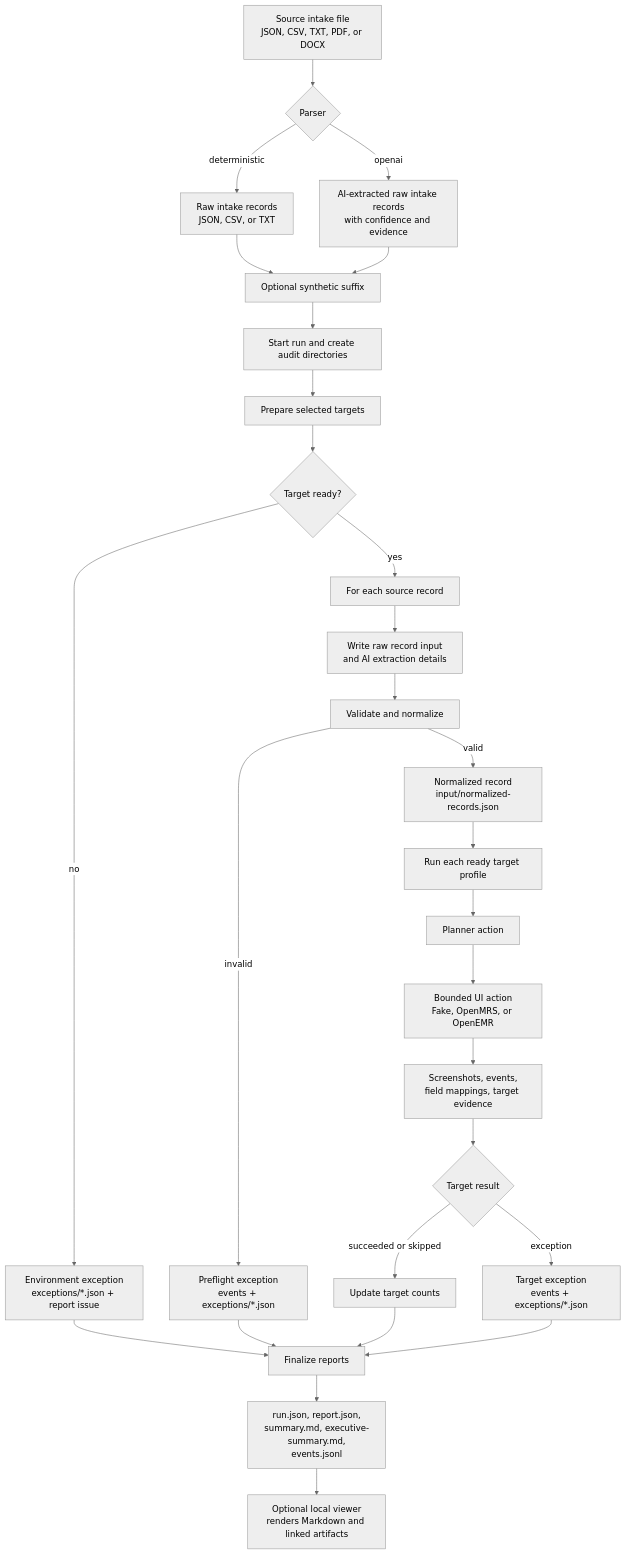
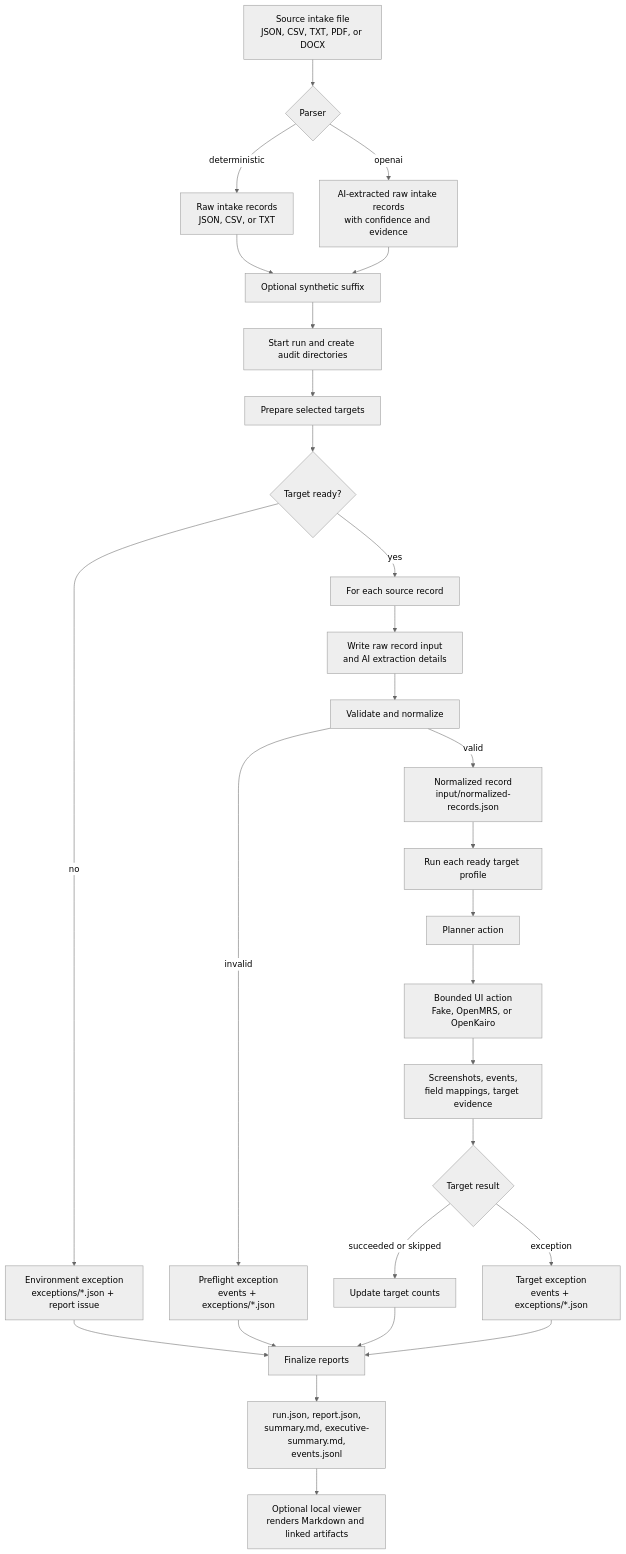
One commit to wm-pxel/agentic-ui-automation changed the second of 2 diagrams in README.md. Above: the diagram before and after it, drawn with Mermaid (neutral theme). The commit also changed other lines of this file and 29 other files, not shown here.

````diff
--- a/README.md
+++ b/README.md
@@ -186,34 +250,34 @@
 ```mermaid
 flowchart TD
   Source["Source intake file<br/>JSON, CSV, TXT, PDF, or DOCX"] --> Parser{"Parser"}
   Parser -->|deterministic| RawRecords["Raw intake records<br/>JSON, CSV, or TXT"]
   Parser -->|openai| AiRecords["AI-extracted raw intake records<br/>with confidence and evidence"]
   RawRecords --> Suffix["Optional synthetic suffix"]
   AiRecords --> Suffix
   Suffix --> Start["Start run and create audit directories"]
 
   Start --> Prepare["Prepare selected targets"]
   Prepare --> Ready{"Target ready?"}
   Ready -->|no| EnvException["Environment exception<br/>exceptions/*.json + report issue"]
   Ready -->|yes| RecordLoop["For each source record"]
 
   RecordLoop --> CaptureInput["Write raw record input<br/>and AI extraction details"]
   CaptureInput --> Validate["Validate and normalize"]
   Validate -->|invalid| PreflightException["Preflight exception<br/>events + exceptions/*.json"]
   Validate -->|valid| Normalized["Normalized record<br/>input/normalized-records.json"]
 
   Normalized --> TargetLoop["Run each ready target profile"]
   TargetLoop --> PlannerAction["Planner action"]
-  PlannerAction --> UiAction["Bounded UI action<br/>Fake, OpenMRS, or OpenEMR"]
+  PlannerAction --> UiAction["Bounded UI action<br/>Fake, OpenMRS, or OpenKairo"]
   UiAction --> Evidence["Screenshots, events,<br/>field mappings, target evidence"]
   Evidence --> TargetResult{"Target result"}
   TargetResult -->|succeeded or skipped| Counts["Update target counts"]
   TargetResult -->|exception| TargetException["Target exception<br/>events + exceptions/*.json"]
 
   EnvException --> Reports["Finalize reports"]
   PreflightException --> Reports
   Counts --> Reports
   TargetException --> Reports
   Reports --> AuditPackage["run.json, report.json,<br/>summary.md, executive-summary.md,<br/>events.jsonl"]
   AuditPackage --> Viewer["Optional local viewer<br/>renders Markdown and linked artifacts"]
 ```
````
